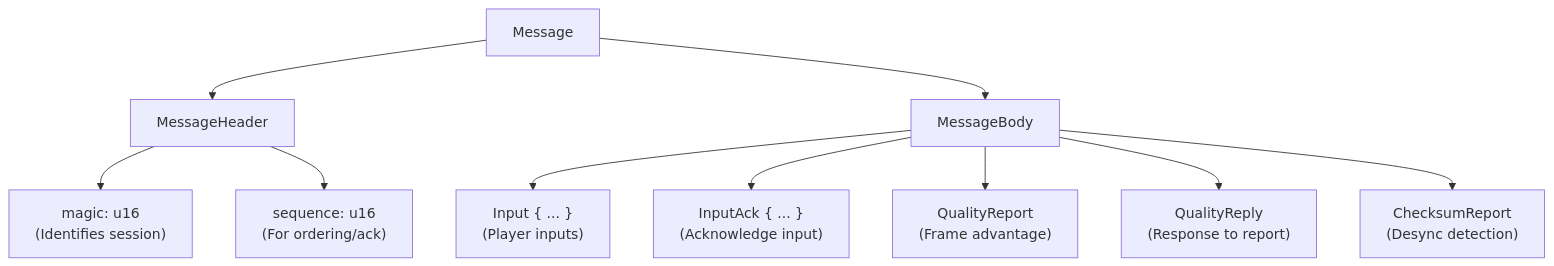
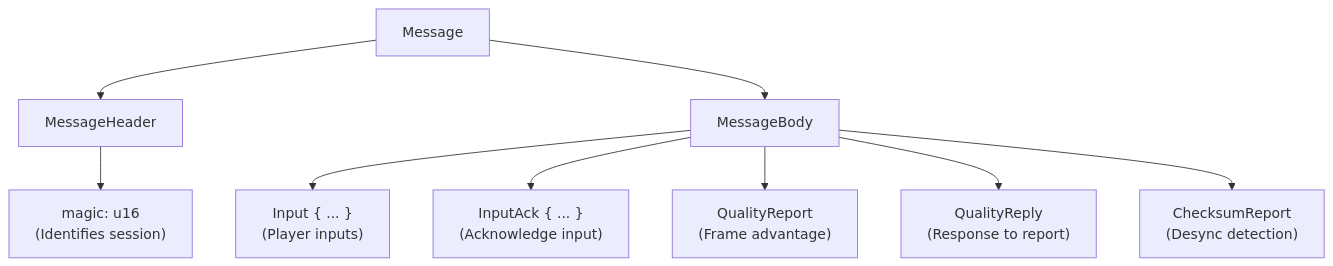
The fifth of 5 diagrams in docs/architecture.md (wallstop/fortress-rollback), drawn with Mermaid before and after one commit. The commit also changed other lines of this file and 30 other files, not shown here.

````diff
--- a/docs/architecture.md
+++ b/docs/architecture.md
@@ -695,23 +732,21 @@
 ```mermaid
 graph TD
     MSG["Message"]
     HEADER["MessageHeader"]
     MAGIC["magic: u16<br/>(Identifies session)"]
-    SEQ["sequence: u16<br/>(For ordering/ack)"]
     BODY["MessageBody"]
     INPUT["Input { ... }<br/>(Player inputs)"]
     INPUTACK["InputAck { ... }<br/>(Acknowledge input)"]
     QUALITY["QualityReport<br/>(Frame advantage)"]
     QREPLY["QualityReply<br/>(Response to report)"]
     CHECKSUM["ChecksumReport<br/>(Desync detection)"]
 
     MSG --> HEADER
     MSG --> BODY
     HEADER --> MAGIC
-    HEADER --> SEQ
     BODY --> INPUT
     BODY --> INPUTACK
     BODY --> QUALITY
     BODY --> QREPLY
     BODY --> CHECKSUM
 ```
````
